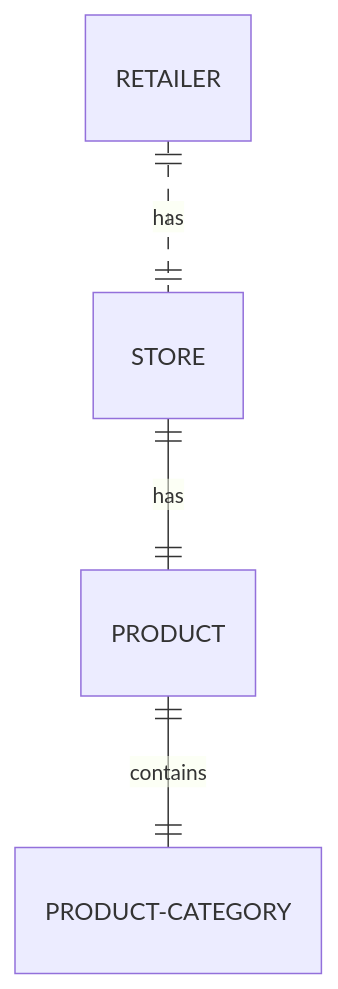
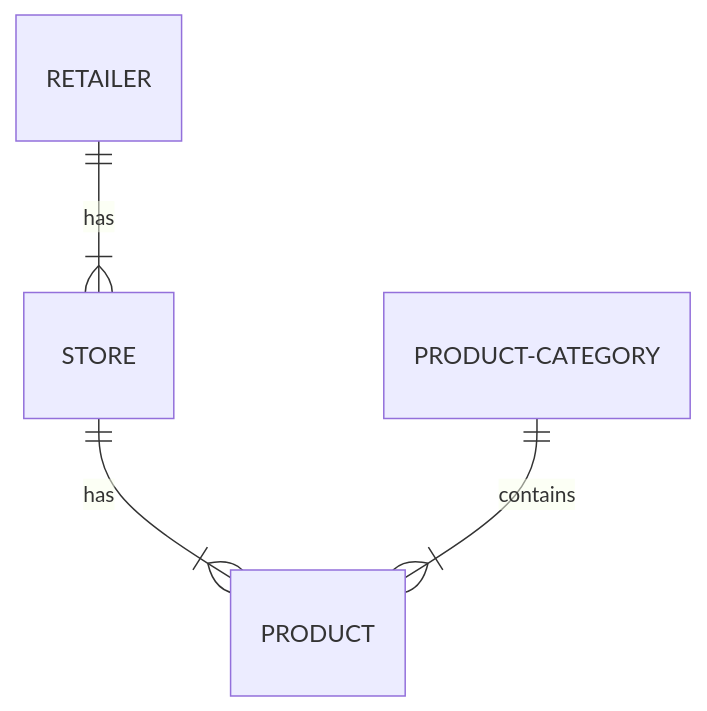
The diagram in docs/dynamodb.md (loudinb/tcr-matl-pa), drawn with Mermaid before and after one commit.

Commit message:
testing mermaid

````diff
--- a/docs/dynamodb.md
+++ b/docs/dynamodb.md
@@ -13,7 +13,7 @@
 ```mermaid
 erDiagram
-          RETAILER ||..|| STORE : has
-          STORE ||--|| PRODUCT : has
-          PRODUCT ||--|| PRODUCT-CATEGORY : contains
-          
+          RETAILER ||--|{ STORE : has
+          STORE ||--|{ PRODUCT : has
+          PRODUCT-CATEGORY ||--|{ PRODUCT : contains
+
 ```
````
